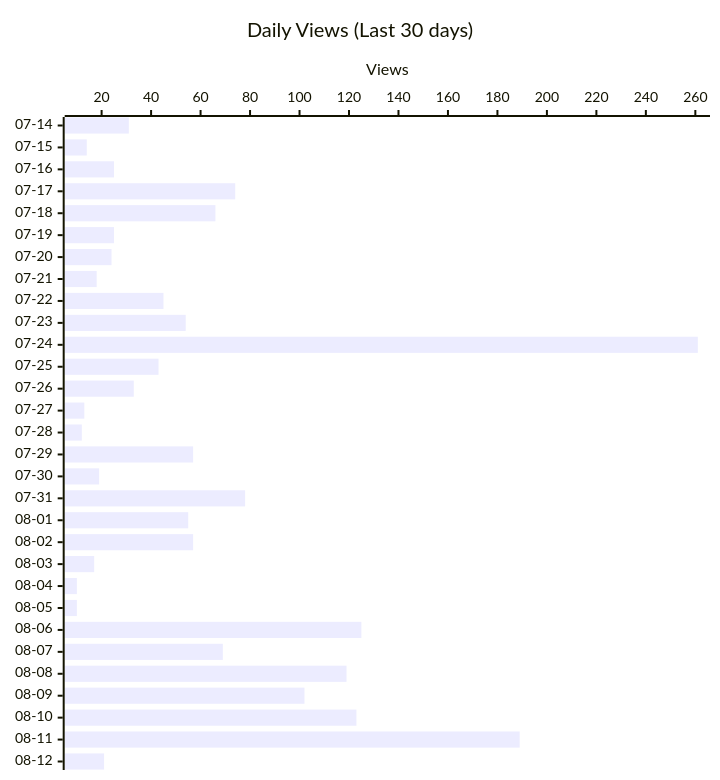
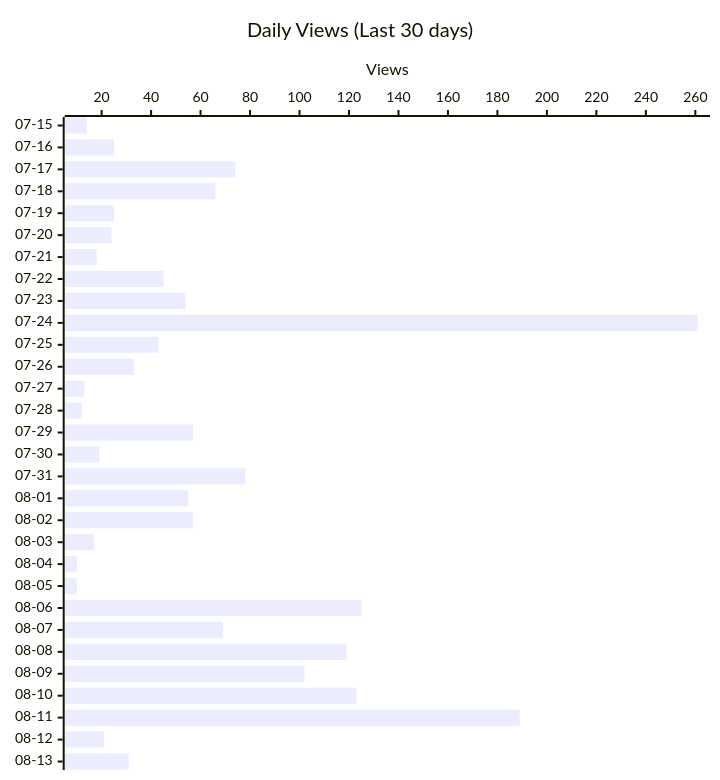
The second of 4 diagrams in README.md (shigechika/github-insights), drawn with Mermaid before and after one commit. The commit also changed other lines of this file and 2 other files, not shown here.

````diff
--- a/README.md
+++ b/README.md
@@ -28,12 +28,12 @@
 ```mermaid
 ---
 config:
   xyChart:
     height: 760
 ---
 xychart-beta horizontal
     title "Daily Views (Last 30 days)"
-    x-axis ["07-14", "07-15", "07-16", "07-17", "07-18", "07-19", "07-20", "07-21", "07-22", "07-23", "07-24", "07-25", "07-26", "07-27", "07-28", "07-29", "07-30", "07-31", "08-01", "08-02", "08-03", "08-04", "08-05", "08-06", "08-07", "08-08", "08-09", "08-10", "08-11", "08-12"]
+    x-axis ["07-15", "07-16", "07-17", "07-18", "07-19", "07-20", "07-21", "07-22", "07-23", "07-24", "07-25", "07-26", "07-27", "07-28", "07-29", "07-30", "07-31", "08-01", "08-02", "08-03", "08-04", "08-05", "08-06", "08-07", "08-08", "08-09", "08-10", "08-11", "08-12", "08-13"]
     y-axis "Views"
-    bar [31, 14, 25, 74, 66, 25, 24, 18, 45, 54, 261, 43, 33, 13, 12, 57, 19, 78, 55, 57, 17, 10, 10, 125, 69, 119, 102, 123, 189, 21]
+    bar [14, 25, 74, 66, 25, 24, 18, 45, 54, 261, 43, 33, 13, 12, 57, 19, 78, 55, 57, 17, 10, 10, 125, 69, 119, 102, 123, 189, 21, 31]
 ```
````
